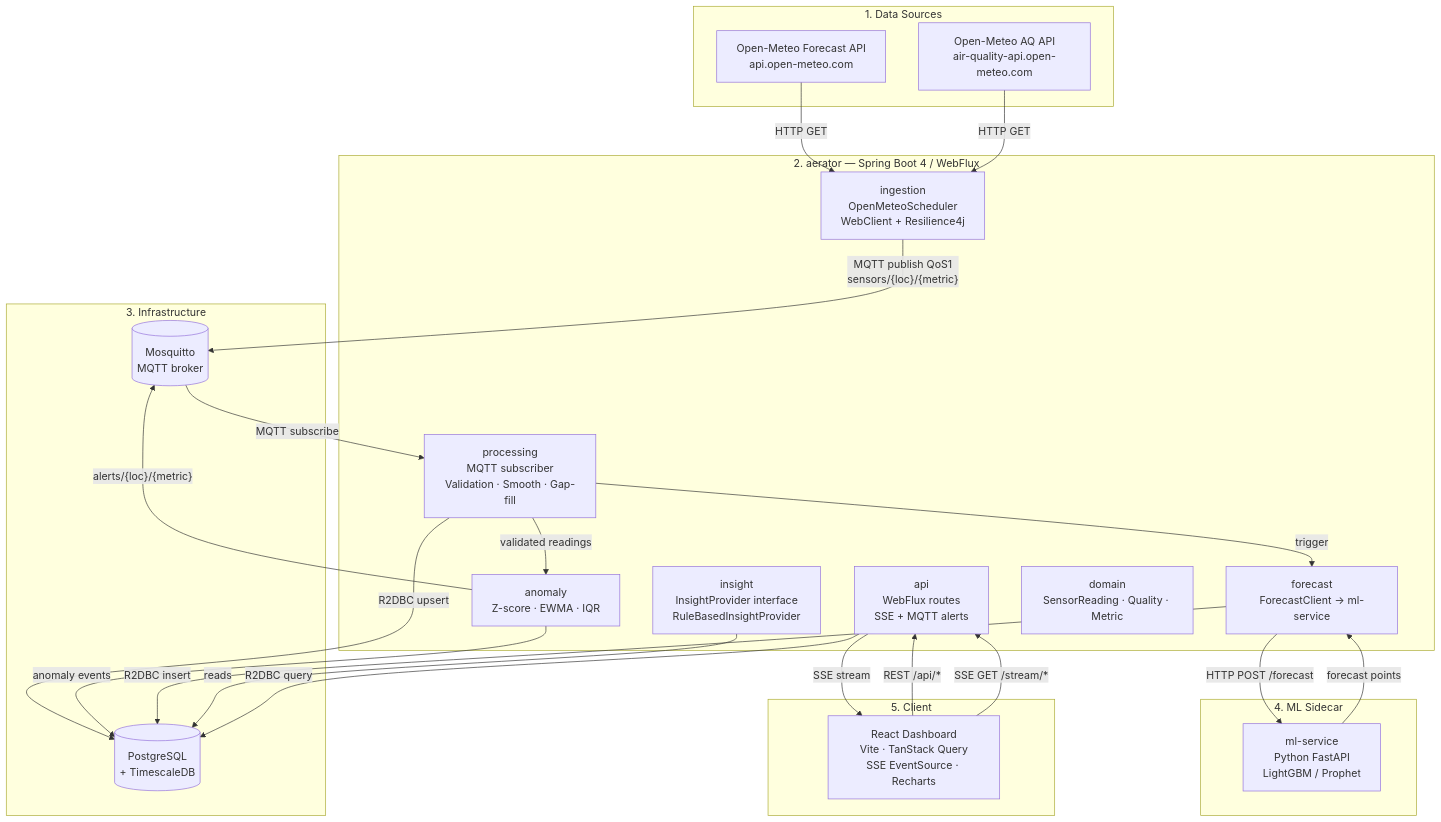
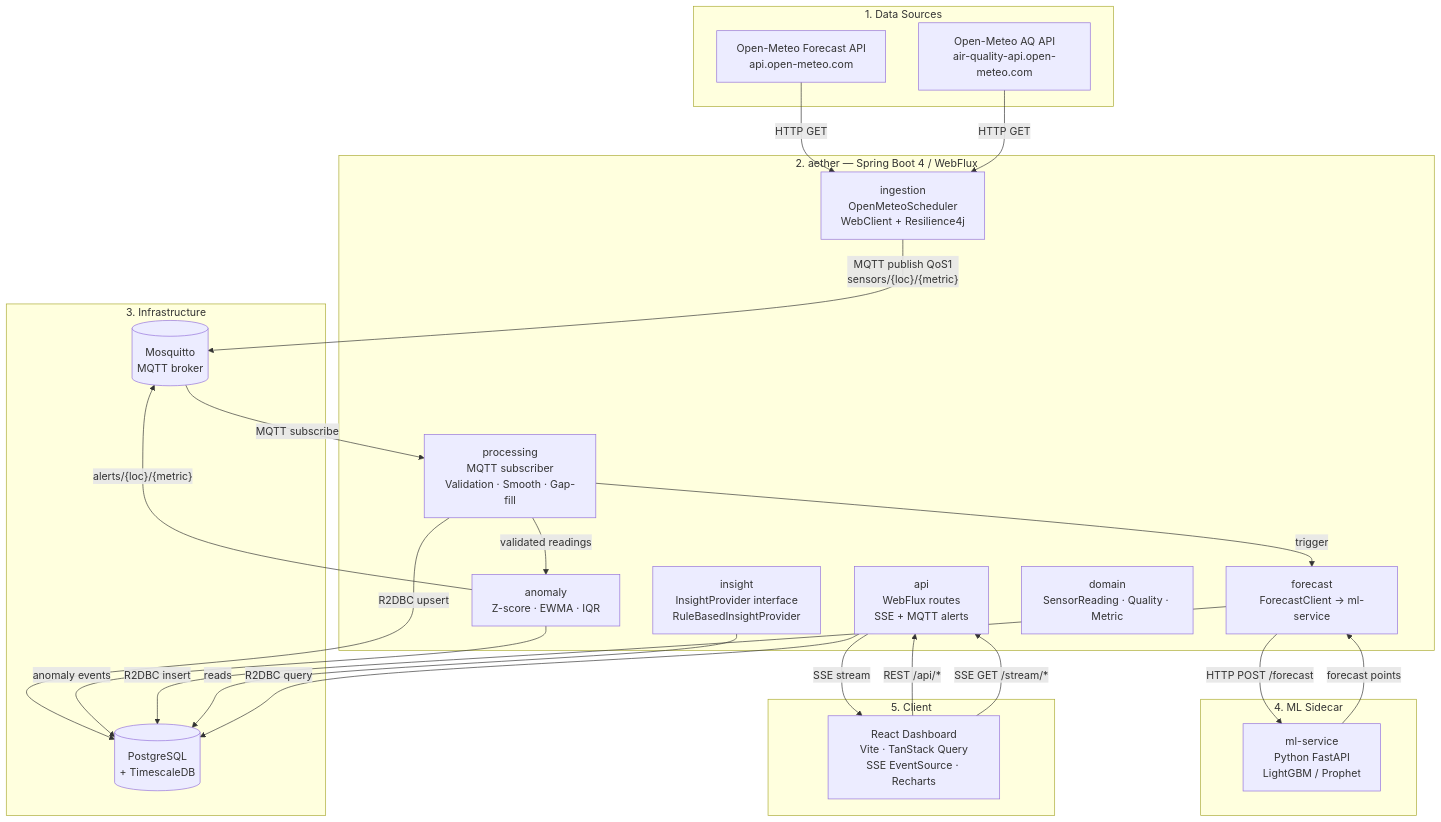
Before and after one commit to maulanaiskak/aether: the first of 6 diagrams in docs/feature/sensor-dashboard/HLD-sensor-dashboard.md, drawn with Mermaid. The commit also changed other lines of this file and 18 other files, not shown here.

Commit message:
refactor: rename aerator -> aether in all configs, compose, nginx, MQTT client IDs, CI, and docs

````diff
--- a/docs/feature/sensor-dashboard/HLD-sensor-dashboard.md
+++ b/docs/feature/sensor-dashboard/HLD-sensor-dashboard.md
@@ -455,48 +455,48 @@
 ```mermaid
 flowchart TB
     subgraph "1. Data Sources"
         A1["Open-Meteo Forecast API\napi.open-meteo.com"]
         A2["Open-Meteo AQ API\nair-quality-api.open-meteo.com"]
     end
 
-    subgraph "2. aerator — Spring Boot 4 / WebFlux"
+    subgraph "2. aether — Spring Boot 4 / WebFlux"
         B1["ingestion\nOpenMeteoScheduler\nWebClient + Resilience4j"]
         B2["processing\nMQTT subscriber\nValidation · Smooth · Gap-fill"]
         B3["anomaly\nZ-score · EWMA · IQR"]
         B4["forecast\nForecastClient → ml-service"]
         B5["insight\nInsightProvider interface\nRuleBasedInsightProvider"]
         B6["api\nWebFlux routes\nSSE + MQTT alerts"]
         BD["domain\nSensorReading · Quality · Metric"]
     end
 
     subgraph "3. Infrastructure"
         C1[("Mosquitto\nMQTT broker")]
         C2[("PostgreSQL\n+ TimescaleDB")]
     end
 
     subgraph "4. ML Sidecar"
         D1["ml-service\nPython FastAPI\nLightGBM / Prophet"]
     end
 
     subgraph "5. Client"
         E1["React Dashboard\nVite · TanStack Query\nSSE EventSource · Recharts"]
     end
 
     A1 -- HTTP GET --> B1
     A2 -- HTTP GET --> B1
     B1 -- MQTT publish QoS1\nsensors/{loc}/{metric} --> C1
     C1 -- MQTT subscribe --> B2
     B2 -- R2DBC upsert --> C2
     B2 -- validated readings --> B3
     B3 -- anomaly events --> C2
     B3 -- alerts/{loc}/{metric} --> C1
     B2 -- trigger --> B4
     B4 -- HTTP POST /forecast --> D1
     D1 -- forecast points --> B4
     B4 -- R2DBC insert --> C2
     B5 -- reads --> C2
     B6 -- R2DBC query --> C2
     B6 -- SSE stream --> E1
     E1 -- REST /api/* --> B6
     E1 -- SSE GET /stream/* --> B6
 ```
````
